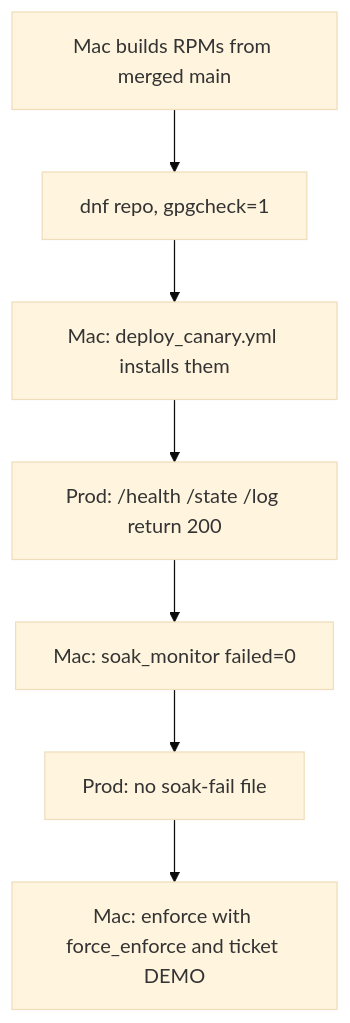
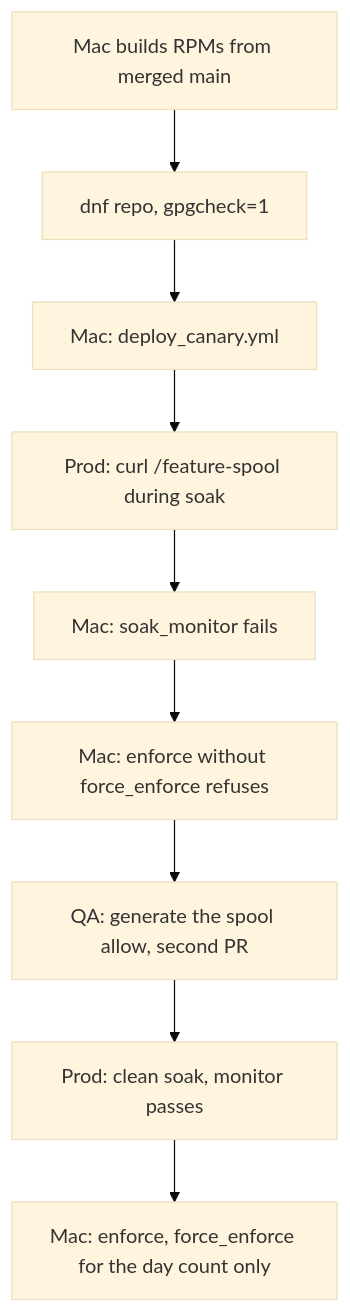
One commit to anurag-saran/selinux-pac changed the seventh of 8 diagrams in docs/demo/203-RHEL_TWO_HOST.md. Above: the diagram before and after it, drawn with Mermaid (base theme). The commit also changed other lines of this file and 5 other files, not shown here.

First line of the commit message:
Show the prod soak gate refusing a spool denial before enforce.

````diff
--- a/docs/demo/203-RHEL_TWO_HOST.md
+++ b/docs/demo/203-RHEL_TWO_HOST.md
@@ -148,9 +148,11 @@
 ```mermaid
 flowchart TD
   rpm["Mac builds RPMs from merged main"] --> repo["dnf repo, gpgcheck=1"]
-  repo --> canary["Mac: deploy_canary.yml installs them"]
-  canary --> soak["Prod: /health /state /log return 200"]
-  soak --> mon["Mac: soak_monitor failed=0"]
-  mon --> empty["Prod: no soak-fail file"]
-  empty --> enf["Mac: enforce with force_enforce and ticket DEMO"]
+  repo --> canary["Mac: deploy_canary.yml"]
+  canary --> soak["Prod: curl /feature-spool during soak"]
+  soak --> mon["Mac: soak_monitor fails"]
+  mon --> refuse["Mac: enforce without force_enforce refuses"]
+  refuse --> fix["QA: generate the spool allow, second PR"]
+  fix --> clean["Prod: clean soak, monitor passes"]
+  clean --> enf["Mac: enforce, force_enforce for the day count only"]
 ```
````
